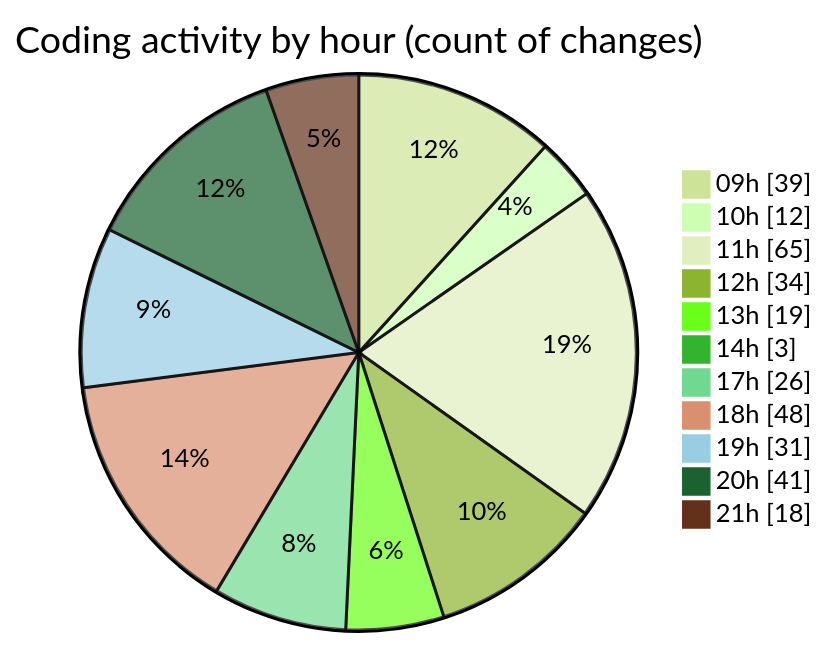
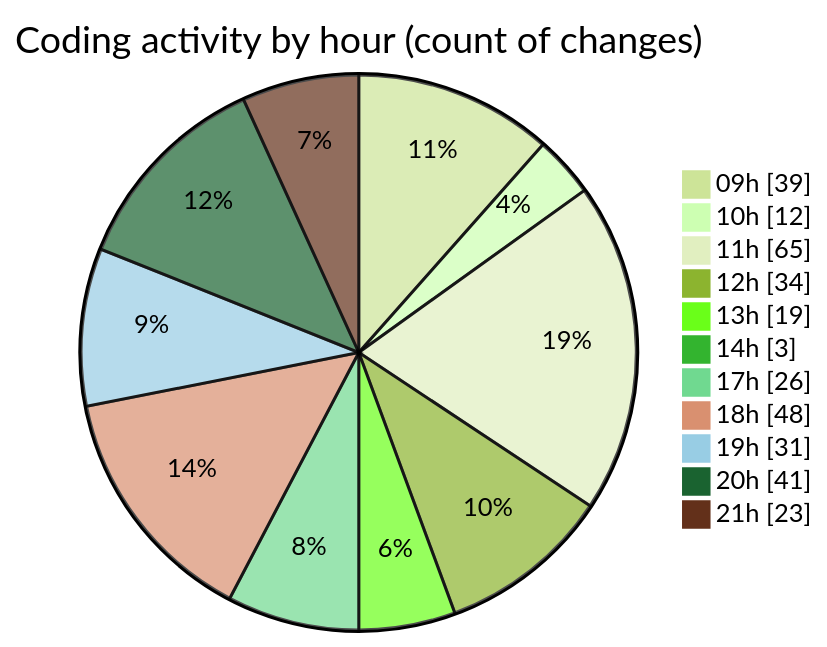
The second of 2 diagrams in 2025-03-04/cda/README.md (momahboobian/code-tracking), drawn with Mermaid (forest theme) before and after one commit. The commit also changed other lines of this file and 1 other file, not shown here.

````diff
--- a/2025-03-04/cda/README.md
+++ b/2025-03-04/cda/README.md
@@ -48,15 +48,15 @@
 ```mermaid
 pie showData
 title Coding activity by hour (count of changes)
 "09h" : 39
 "10h" : 12
 "11h" : 65
 "12h" : 34
 "13h" : 19
 "14h" : 3
 "17h" : 26
 "18h" : 48
 "19h" : 31
 "20h" : 41
-"21h" : 18
+"21h" : 23
 ```
````
